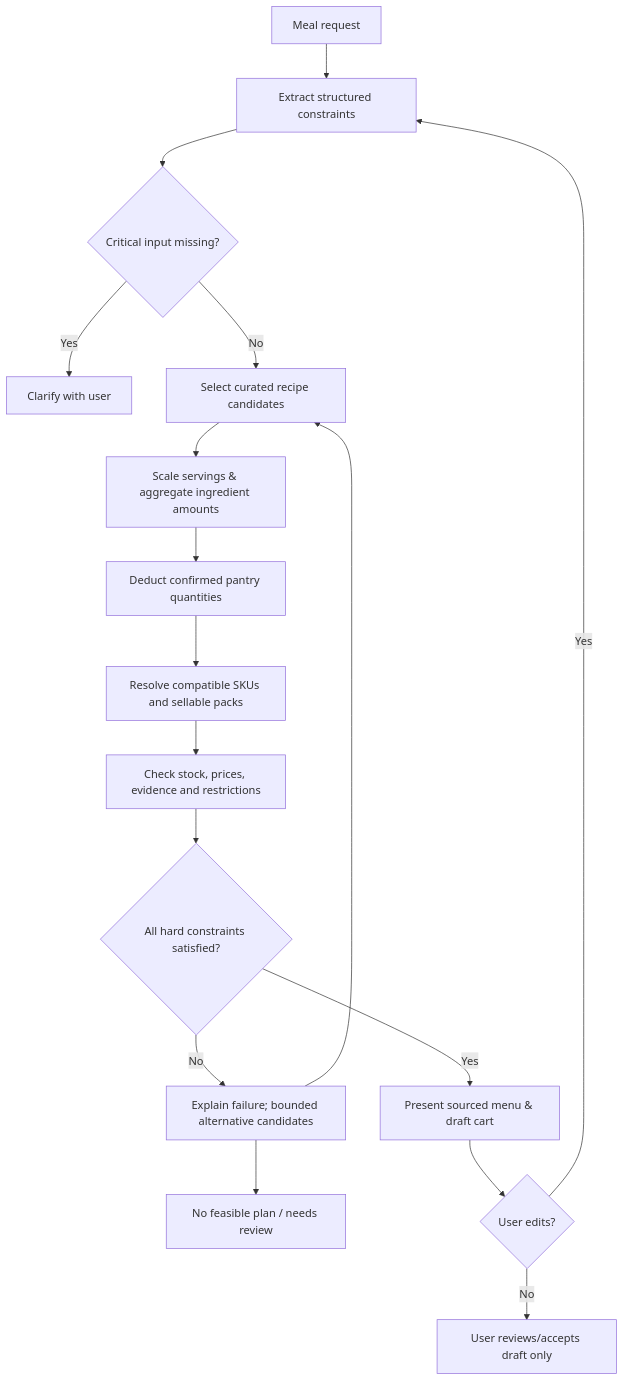
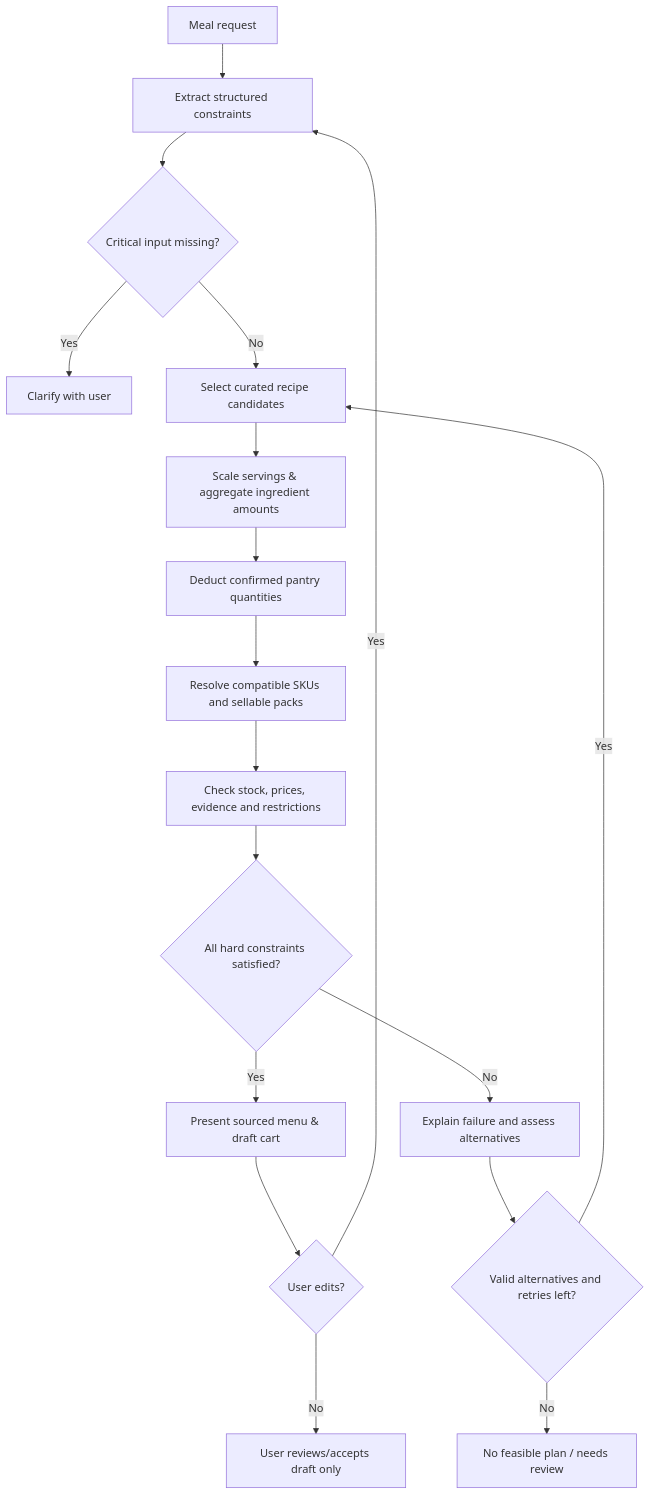
Before and after one commit to hungtvb/mealmate: the diagram in docs/superpowers/specs/2026-11-04-uc01-meal-to-cart-design.md, drawn with Mermaid.

Commit message:
docs: clarify bounded retry decision in UC-01 flow

````diff
--- a/docs/superpowers/specs/2026-11-04-uc01-meal-to-cart-design.md
+++ b/docs/superpowers/specs/2026-11-04-uc01-meal-to-cart-design.md
@@ -49,19 +49,20 @@
 ```mermaid
 flowchart TD
   A[Meal request] --> B[Extract structured constraints]
   B --> C{Critical input missing?}
   C -- Yes --> D[Clarify with user]
   C -- No --> E[Select curated recipe candidates]
   E --> F[Scale servings & aggregate ingredient amounts]
   F --> G[Deduct confirmed pantry quantities]
   G --> H[Resolve compatible SKUs and sellable packs]
   H --> I[Check stock, prices, evidence and restrictions]
   I --> J{All hard constraints satisfied?}
   J -- Yes --> K[Present sourced menu & draft cart]
-  J -- No --> L[Explain failure; bounded alternative candidates]
-  L --> E
-  L --> M[No feasible plan / needs review]
+  J -- No --> L[Explain failure and assess alternatives]
+  L --> P{Valid alternatives and retries left?}
+  P -- Yes --> E
+  P -- No --> M[No feasible plan / needs review]
   K --> N{User edits?}
   N -- Yes --> B
   N -- No --> O[User reviews/accepts draft only]
 ```
````
